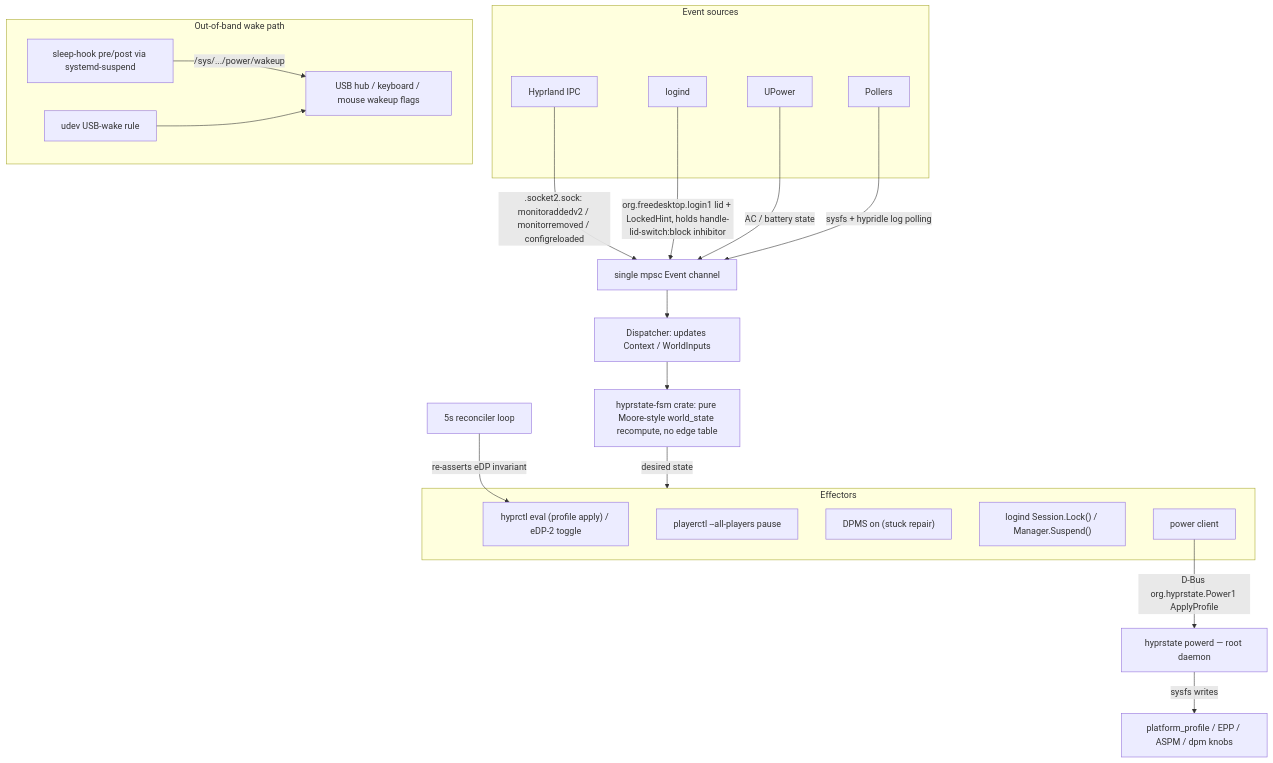
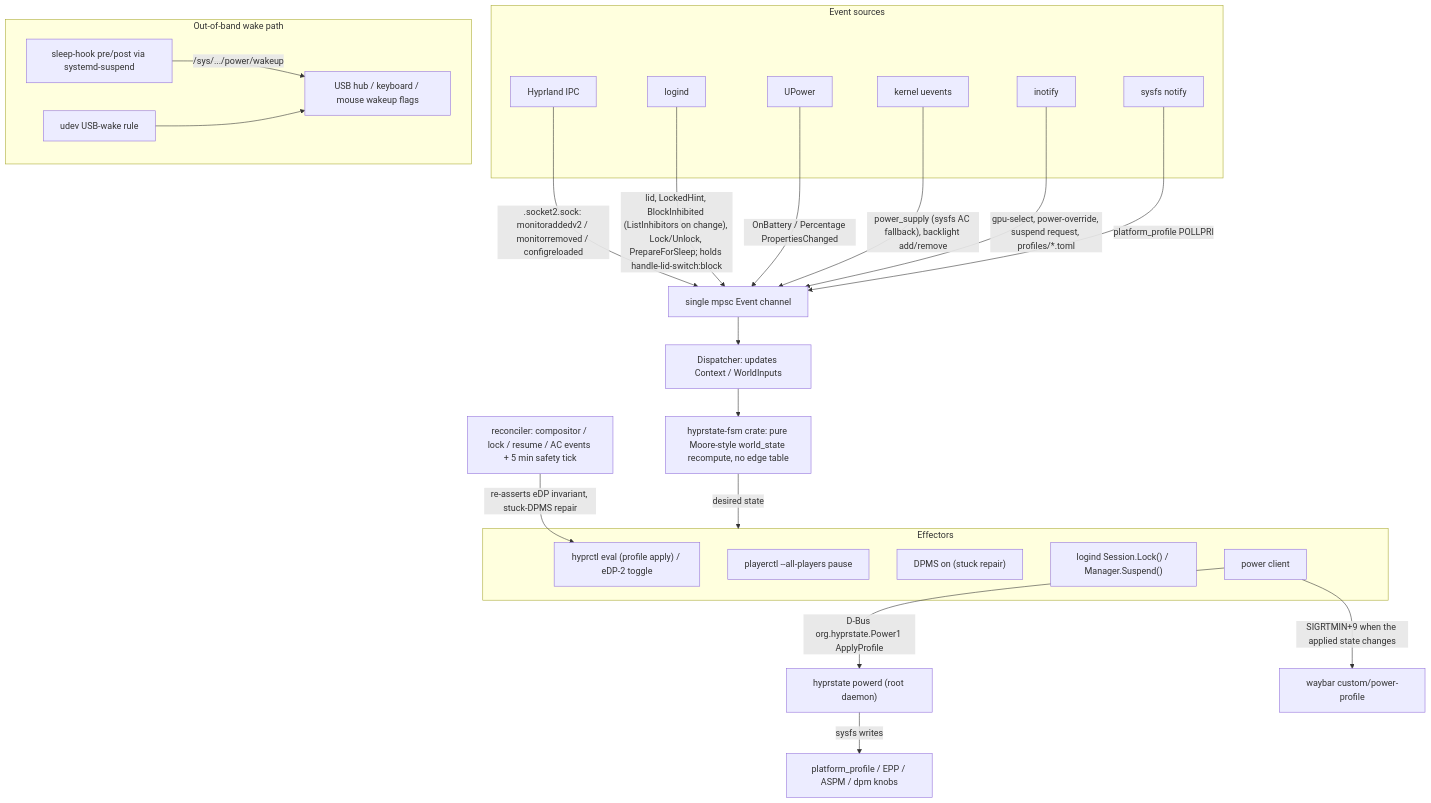
The diagram in README.md (MasonRhodesDev/hyprstate), drawn with Mermaid before and after one commit. The commit also changed other lines of this file and 28 other files, not shown here.

````diff
--- a/README.md
+++ b/README.md
@@ -20,35 +20,40 @@
 ```mermaid
 flowchart TD
     subgraph sources["Event sources"]
         hypr["Hyprland IPC"]
         logind["logind"]
         upower["UPower"]
-        poll["Pollers"]
+        uevent["kernel uevents"]
+        inotify["inotify"]
+        sysfs["sysfs notify"]
     end
 
     hypr -->|".socket2.sock: monitoraddedv2 / monitorremoved / configreloaded"| chan
-    logind -->|"org.freedesktop.login1 lid + LockedHint, holds handle-lid-switch:block inhibitor"| chan
-    upower -->|"AC / battery state"| chan
-    poll -->|"sysfs + hypridle log polling"| chan
+    logind -->|"lid, LockedHint, BlockInhibited (ListInhibitors on change), Lock/Unlock, PrepareForSleep; holds handle-lid-switch:block"| chan
+    upower -->|"OnBattery / Percentage PropertiesChanged"| chan
+    uevent -->|"power_supply (sysfs AC fallback), backlight add/remove"| chan
+    inotify -->|"gpu-select, power-override, suspend request, profiles/*.toml"| chan
+    sysfs -->|"platform_profile POLLPRI"| chan
 
     chan["single mpsc Event channel"] --> disp["Dispatcher: updates Context / WorldInputs"]
     disp --> fsm["hyprstate-fsm crate: pure Moore-style world_state recompute, no edge table"]
     fsm -->|"desired state"| eff
 
     subgraph eff["Effectors"]
         mon["hyprctl eval (profile apply) / eDP-2 toggle"]
         media["playerctl --all-players pause"]
         dpms["DPMS on (stuck repair)"]
         sd["logind Session.Lock() / Manager.Suspend()"]
         pwr["power client"]
     end
 
-    recon["5s reconciler loop"] -->|"re-asserts eDP invariant"| mon
-    pwr -->|"D-Bus org.hyprstate.Power1 ApplyProfile"| powerd["hyprstate powerd — root daemon"]
+    recon["reconciler: compositor / lock / resume / AC events + 5 min safety tick"] -->|"re-asserts eDP invariant, stuck-DPMS repair"| mon
+    pwr -->|"D-Bus org.hyprstate.Power1 ApplyProfile"| powerd["hyprstate powerd (root daemon)"]
+    pwr -->|"SIGRTMIN+9 when the applied state changes"| waybar["waybar custom/power-profile"]
     powerd -->|"sysfs writes"| knobs["platform_profile / EPP / ASPM / dpm knobs"]
 
     subgraph wake["Out-of-band wake path"]
         hook["sleep-hook pre/post via systemd-suspend"] -->|"/sys/.../power/wakeup"| usb["USB hub / keyboard / mouse wakeup flags"]
         udev["udev USB-wake rule"] --> usb
     end
 ```
````
